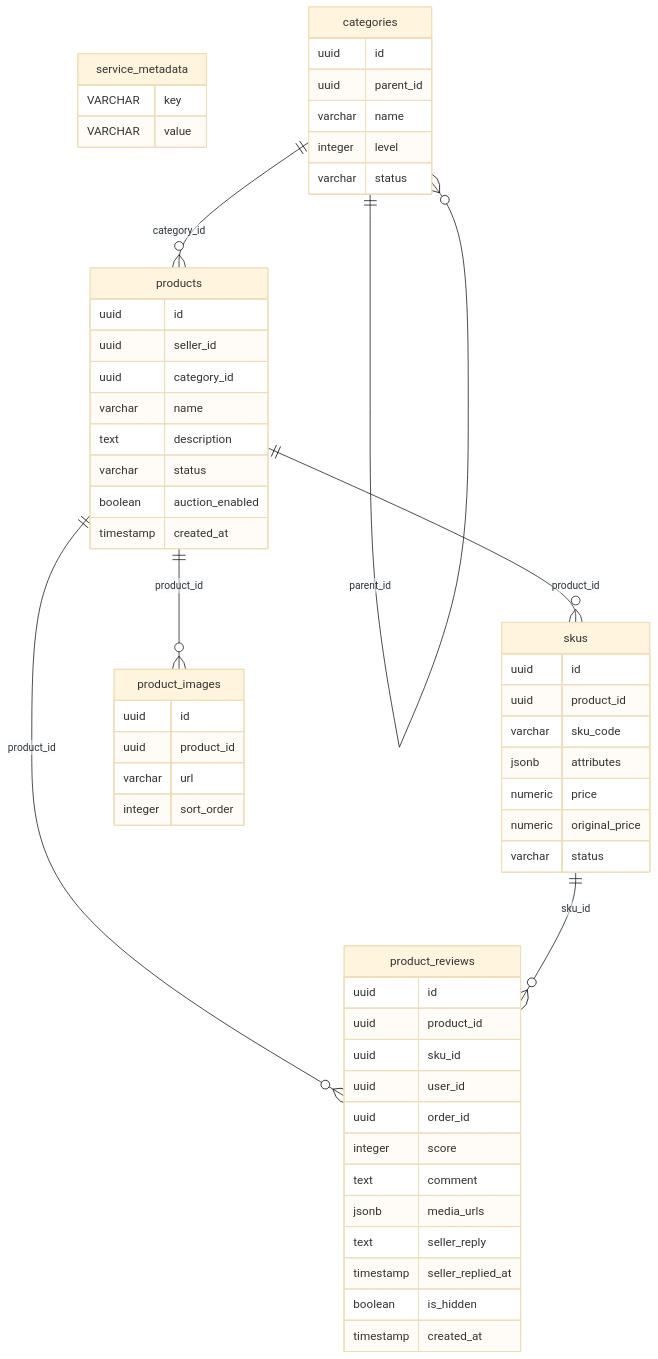
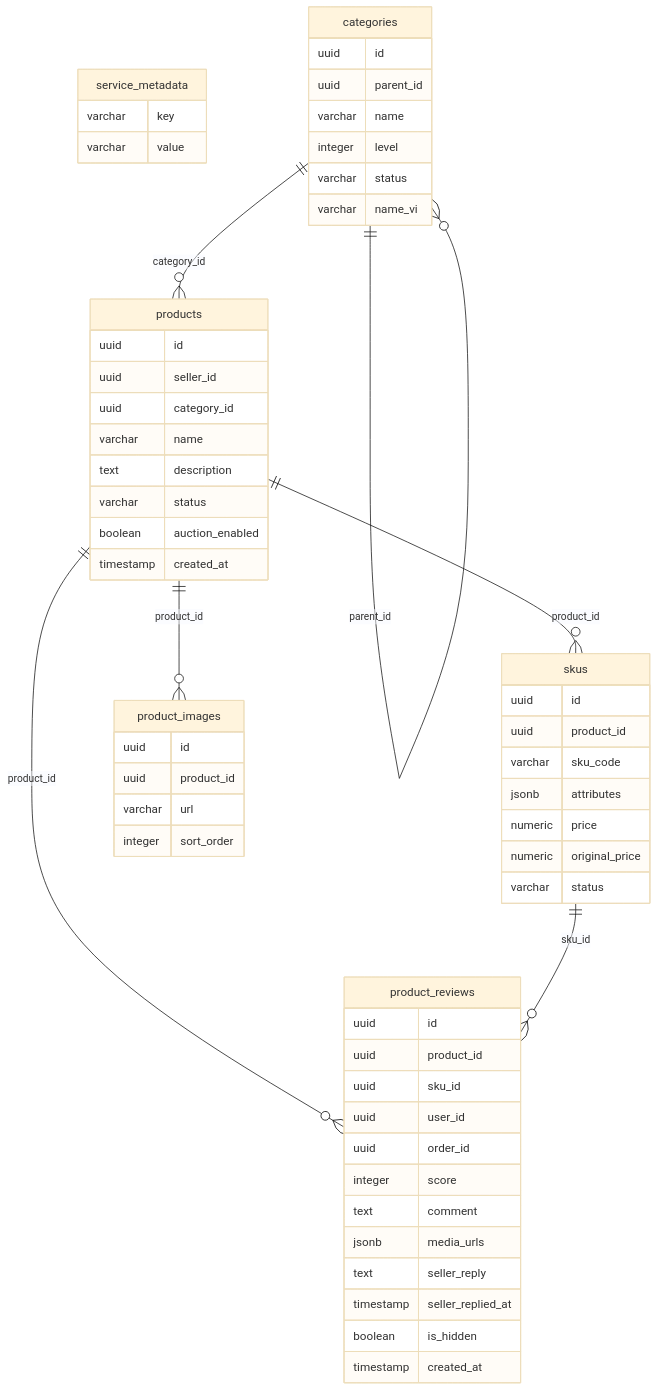
Before and after one commit to harry-leon/e-commerce-auction: the second of 7 diagrams in docs/database/ERD.md, drawn with Mermaid (base theme). The commit also changed other lines of this file and 3 other files, not shown here.

````diff
--- a/docs/database/ERD.md
+++ b/docs/database/ERD.md
@@ -44,59 +43,60 @@
 ```mermaid
 erDiagram
   service_metadata {
-    VARCHAR key
-    VARCHAR value
+    varchar key
+    varchar value
   }
   categories {
     uuid id
     uuid parent_id
     varchar name
     integer level
     varchar status
+    varchar name_vi
   }
   products {
     uuid id
     uuid seller_id
     uuid category_id
     varchar name
     text description
     varchar status
     boolean auction_enabled
     timestamp created_at
   }
   skus {
     uuid id
     uuid product_id
     varchar sku_code
     jsonb attributes
     numeric price
     numeric original_price
     varchar status
   }
   product_images {
     uuid id
     uuid product_id
     varchar url
     integer sort_order
   }
   product_reviews {
     uuid id
     uuid product_id
     uuid sku_id
     uuid user_id
     uuid order_id
     integer score
     text comment
     jsonb media_urls
     text seller_reply
     timestamp seller_replied_at
     boolean is_hidden
     timestamp created_at
   }
   categories ||--o{ categories : parent_id
   categories ||--o{ products : category_id
   products ||--o{ skus : product_id
   products ||--o{ product_images : product_id
   products ||--o{ product_reviews : product_id
   skus ||--o{ product_reviews : sku_id
 ```
````
